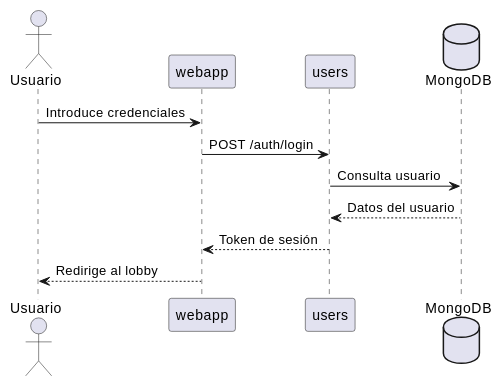
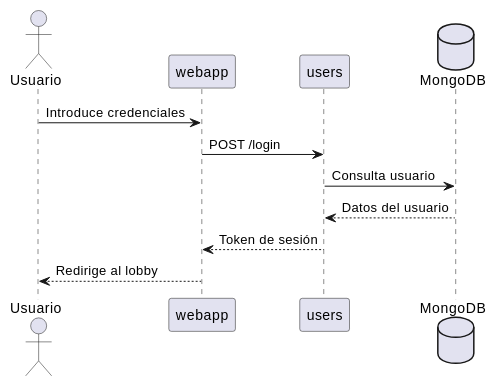
The first of 4 diagrams in docs/src/06_runtime_view.adoc (Arquisoft/yovi_es2a), drawn with PlantUML before and after one commit. The commit also changed other lines of this file and 2 other files, not shown here.

```diff
--- a/docs/src/06_runtime_view.adoc
+++ b/docs/src/06_runtime_view.adoc
@@ -14,16 +12,16 @@
 [plantuml, runtime-login, png]
 ----
 @startuml
 actor Usuario
 participant "webapp" as web
 participant "users" as users
 database "MongoDB" as mongo
 
 Usuario -> web: Introduce credenciales
-web -> users: POST /auth/login
+web -> users: POST /login
 users -> mongo: Consulta usuario
 mongo --> users: Datos del usuario
 users --> web: Token de sesión
 web --> Usuario: Redirige al lobby
 @enduml
 ----
```
